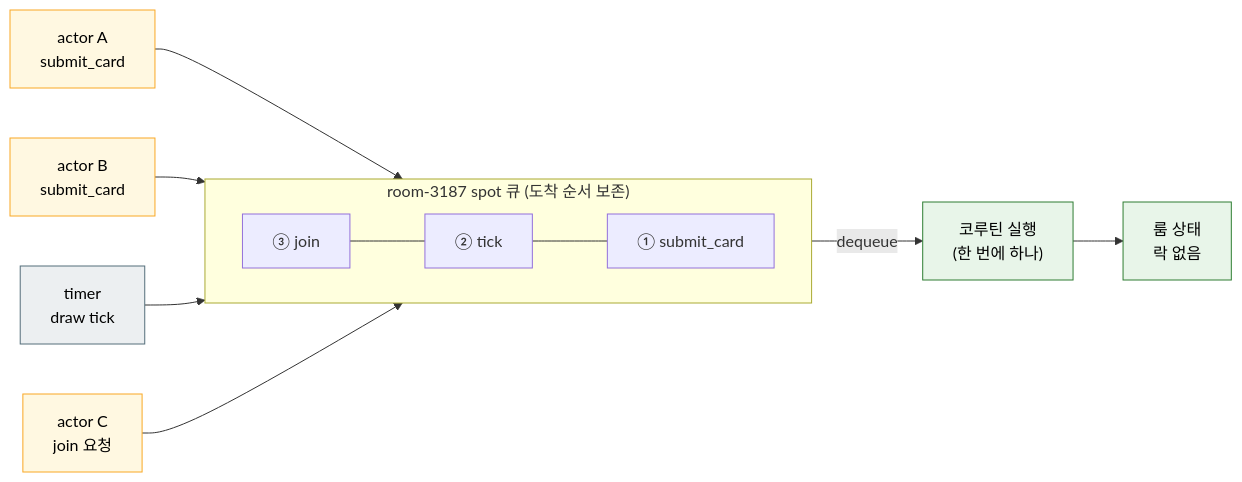
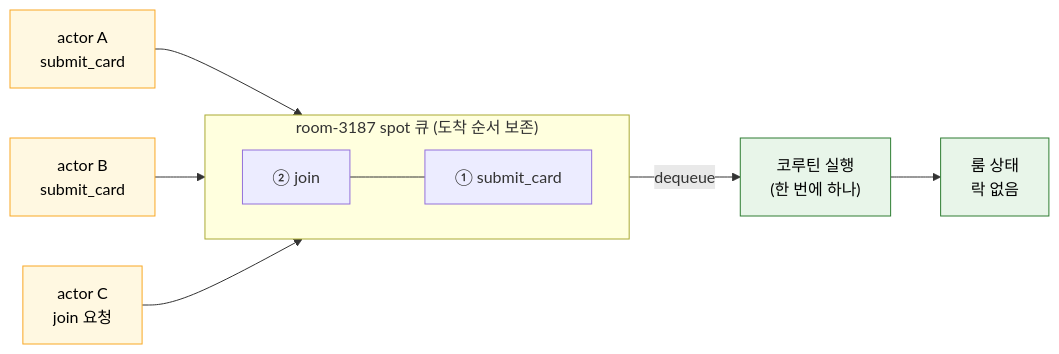
The first of 2 diagrams in framework/languages/cpp/doc/guide/08-spot.ko.md (kairos-code-dev/zlink), drawn with Mermaid before and after one commit. The commit also changed other lines of this file and 32 other files, not shown here.

````diff
--- a/framework/languages/cpp/doc/guide/08-spot.ko.md
+++ b/framework/languages/cpp/doc/guide/08-spot.ko.md
@@ -26,23 +27,21 @@
 ```mermaid
 flowchart LR
     A1["actor A<br/>submit_card"]:::actor
     A2["actor B<br/>submit_card"]:::actor
-    T1["timer<br/>draw tick"]:::infra
     J1["actor C<br/>join 요청"]:::actor
     subgraph SQ["room-3187 spot 큐 (도착 순서 보존)"]
         direction LR
-        Q1["③ join"] --- Q2["② tick"] --- Q3["① submit_card"]
+        Q1["② join"] --- Q2["① submit_card"]
     end
     EXEC["코루틴 실행<br/>(한 번에 하나)"]:::spot
     STATE["룸 상태<br/>락 없음"]:::spot
 
     A1 --> SQ
     A2 --> SQ
-    T1 --> SQ
     J1 --> SQ
     SQ -- dequeue --> EXEC --> STATE
 
     classDef spot fill:#e8f5e9,stroke:#2e7d32,color:#000000
     classDef actor fill:#fff8e1,stroke:#f9a825,color:#000000
     classDef infra fill:#eceff1,stroke:#546e7a,color:#000000
 ```
````
